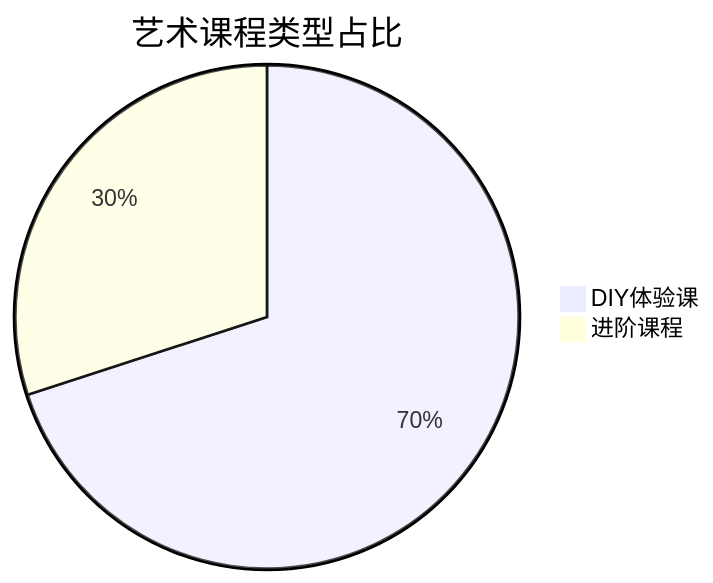
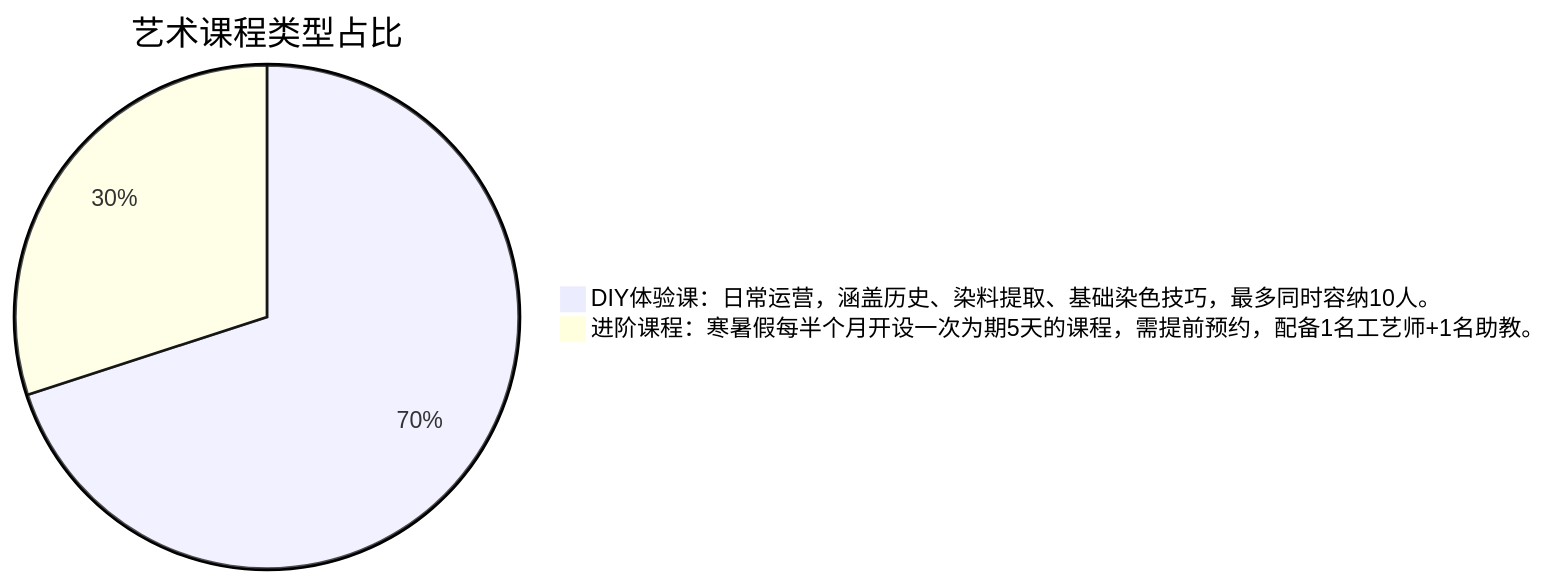
The first of 8 diagrams in README.md (NaturalRice/git-demo), drawn with Mermaid before and after one commit.

````diff
--- a/README.md
+++ b/README.md
@@ -4,6 +4,6 @@
 ```mermaid
 pie
     title 艺术课程类型占比
-    "DIY体验课" : 70
-    "进阶课程" : 30
+    "DIY体验课：日常运营，涵盖历史、染料提取、基础染色技巧，最多同时容纳10人。" : 70
+    "进阶课程：寒暑假每半个月开设一次为期5天的课程，需提前预约，配备1名工艺师+1名助教。" : 30
 ```
````
